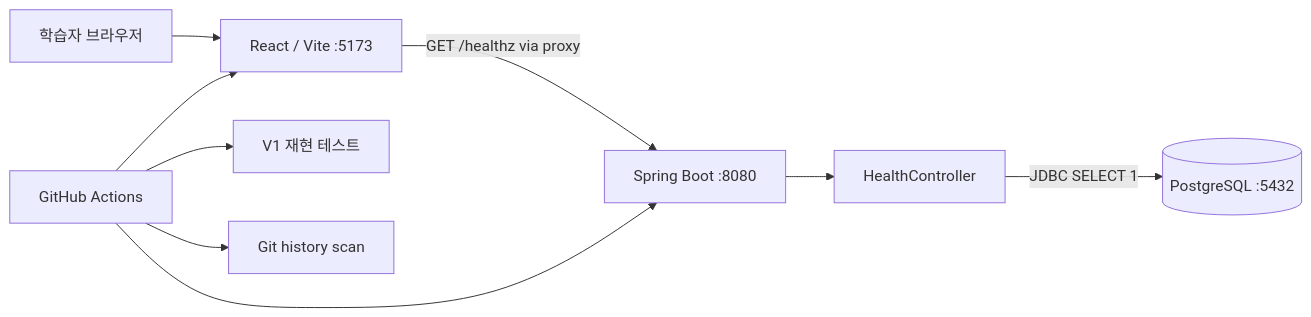
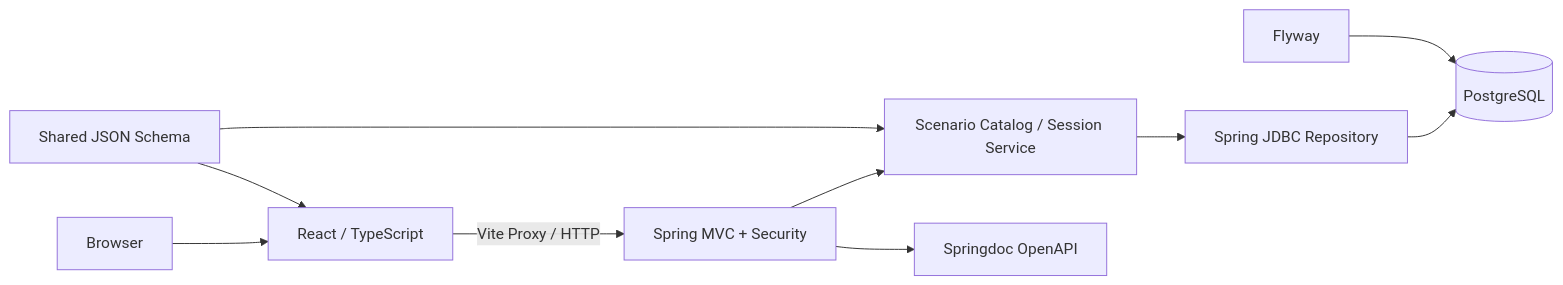
The first of 2 diagrams in README.md (ElephantAnthony/kiosk-web), drawn with Mermaid before and after one commit. The commit also changed other lines of this file and 12 other files, not shown here.

Commit message:
docs: commit generated OpenAPI and enforce domain verification gate

````diff
--- a/README.md
+++ b/README.md
@@ -72,11 +59,12 @@
 ```mermaid
 flowchart LR
-    U["학습자 브라우저"] --> F["React / Vite :5173"]
-    F -->|"GET /healthz via proxy"| B["Spring Boot :8080"]
-    B --> H["HealthController"]
-    H -->|"JDBC SELECT 1"| P[("PostgreSQL :5432")]
-    C["GitHub Actions"] --> B
-    C --> F
-    C --> L["V1 재현 테스트"]
-    C --> S["Git history scan"]
+    B[Browser] --> F[React / TypeScript]
+    F -->|Vite Proxy / HTTP| C[Spring MVC + Security]
+    C --> S[Scenario Catalog / Session Service]
+    S --> R[Spring JDBC Repository]
+    R --> P[(PostgreSQL)]
+    J[Shared JSON Schema] --> F
+    J --> S
+    M[Flyway] --> P
+    C --> O[Springdoc OpenAPI]
 ```
````
